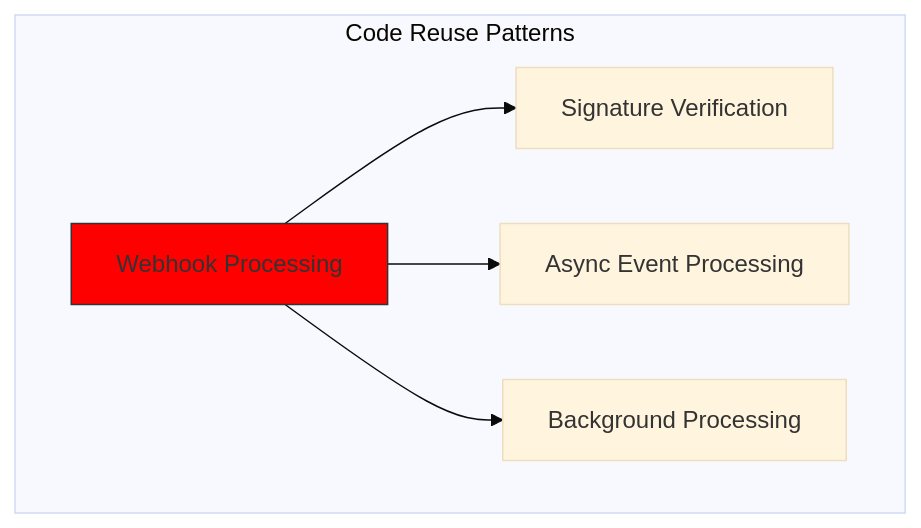
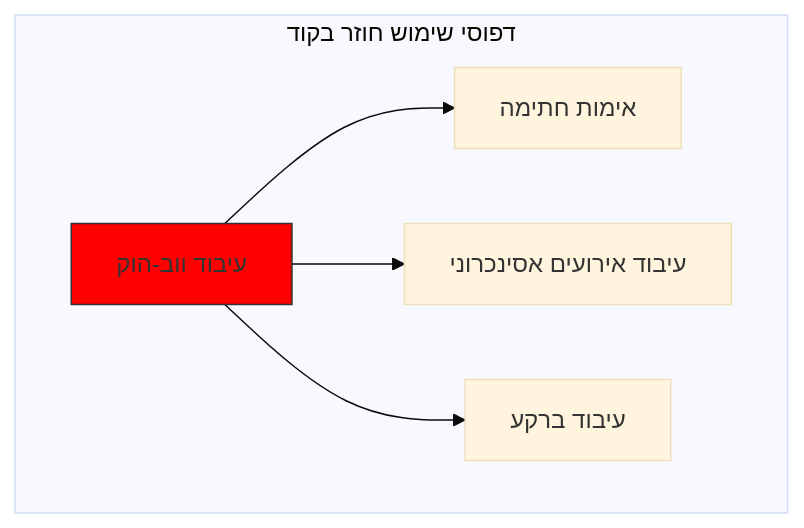
The sixth of 7 diagrams in app/views/docs/building-reliable-payment-system-stripe-paypal/index-he.md (forwardemail/forwardemail.net), drawn with Mermaid (base theme) before and after one commit. The commit also changed other lines of this file and 1055 other files, not shown here.

````diff
--- a/app/views/docs/building-reliable-payment-system-stripe-paypal/index-he.md
+++ b/app/views/docs/building-reliable-payment-system-stripe-paypal/index-he.md
@@ -640,14 +644,14 @@
 ```mermaid
 graph TD
-    subgraph "Code Reuse Patterns"
-        L[Webhook Processing] --> M[Signature Verification]
-        L --> N[Async Event Processing]
-        L --> O[Background Processing]
+    subgraph "דפוסי שימוש חוזר בקוד"
+        L[עיבוד ווב-הוק] --> M[אימות חתימה]
+        L --> N[עיבוד אירועים אסינכרוני]
+        L --> O[עיבוד ברקע]
     end
 
     classDef primary fill:blue,stroke:#333,stroke-width:2px;
     classDef secondary fill:red,stroke:#333,stroke-width:1px;
 
     class A,P,V primary;
     class B,C,D,E,I,L,Q,R,S,W,X,Y,Z secondary;
 ```
````
